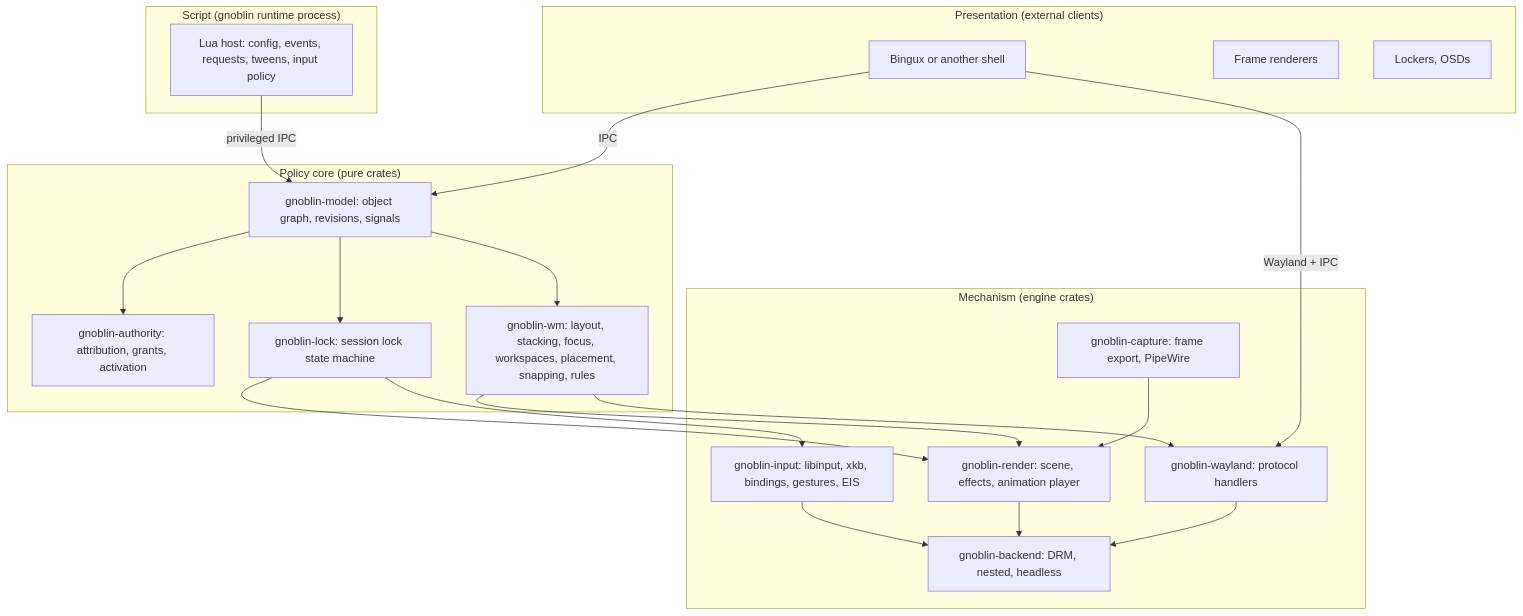
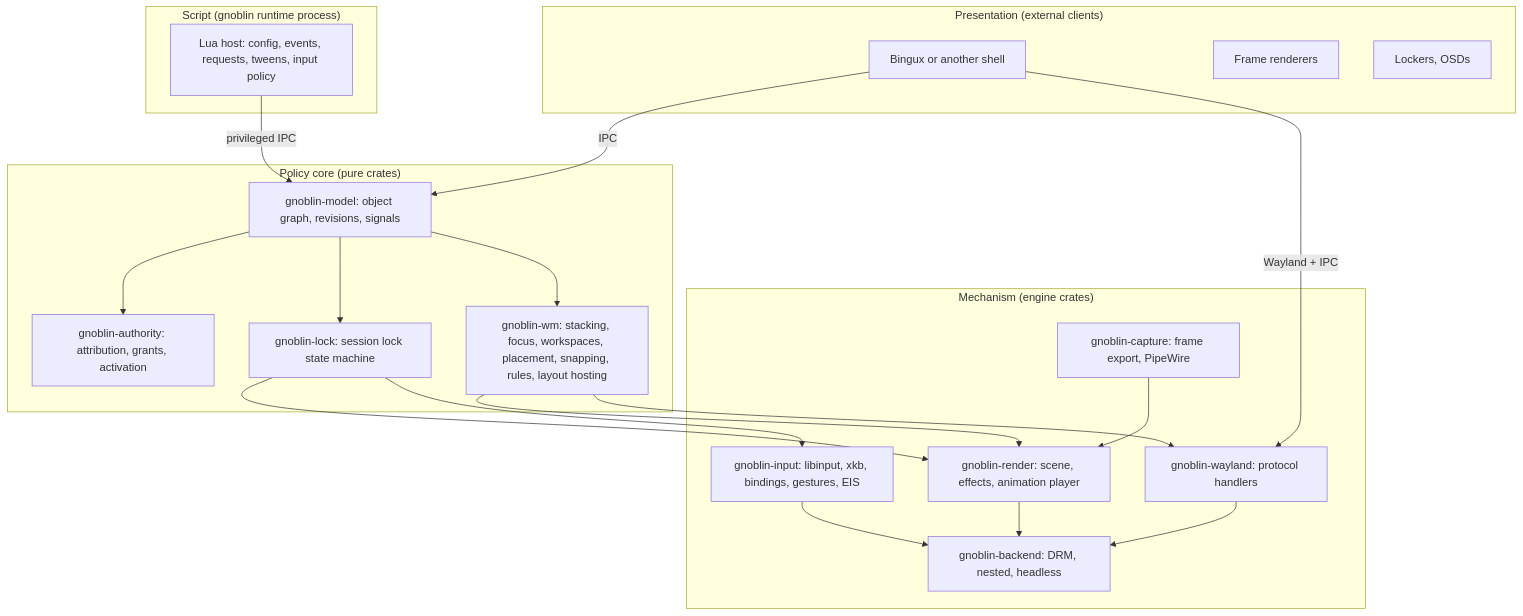
One commit to kierandrewett/gnoblin changed the first of 4 diagrams in design/rust-compositor.md. Above: the diagram before and after it, drawn with Mermaid. The commit also changed other lines of this file, not shown here.

First line of the commit message:
docs(design): add D17 layout engines and gnoblin-layout card

````diff
--- a/design/rust-compositor.md
+++ b/design/rust-compositor.md
@@ -119,38 +119,38 @@
 ```mermaid
 flowchart TB
     subgraph Presentation["Presentation (external clients)"]
         Shell["Bingux or another shell"]
         Frames["Frame renderers"]
         Locker["Lockers, OSDs"]
     end
     subgraph Script["Script (gnoblin runtime process)"]
         Lua["Lua host: config, events, requests, tweens, input policy"]
     end
     subgraph Policy["Policy core (pure crates)"]
-        WM["gnoblin-wm: layout, stacking, focus, workspaces, placement, snapping, rules"]
+        WM["gnoblin-wm: stacking, focus, workspaces, placement, snapping, rules, layout hosting"]
         Lock["gnoblin-lock: session lock state machine"]
         Auth["gnoblin-authority: attribution, grants, activation"]
         Model["gnoblin-model: object graph, revisions, signals"]
     end
     subgraph Mechanism["Mechanism (engine crates)"]
         Wayland["gnoblin-wayland: protocol handlers"]
         Render["gnoblin-render: scene, effects, animation player"]
         Input["gnoblin-input: libinput, xkb, bindings, gestures, EIS"]
         Backend["gnoblin-backend: DRM, nested, headless"]
         Capture["gnoblin-capture: frame export, PipeWire"]
     end
     Shell -- "Wayland + IPC" --> Wayland
     Shell -- "IPC" --> Model
     Lua -- "privileged IPC" --> Model
     Model --> WM
     Model --> Lock
     Model --> Auth
     WM --> Wayland
     WM --> Render
     Lock --> Input
     Lock --> Render
     Wayland --> Backend
     Render --> Backend
     Input --> Backend
     Capture --> Render
 ```
````
